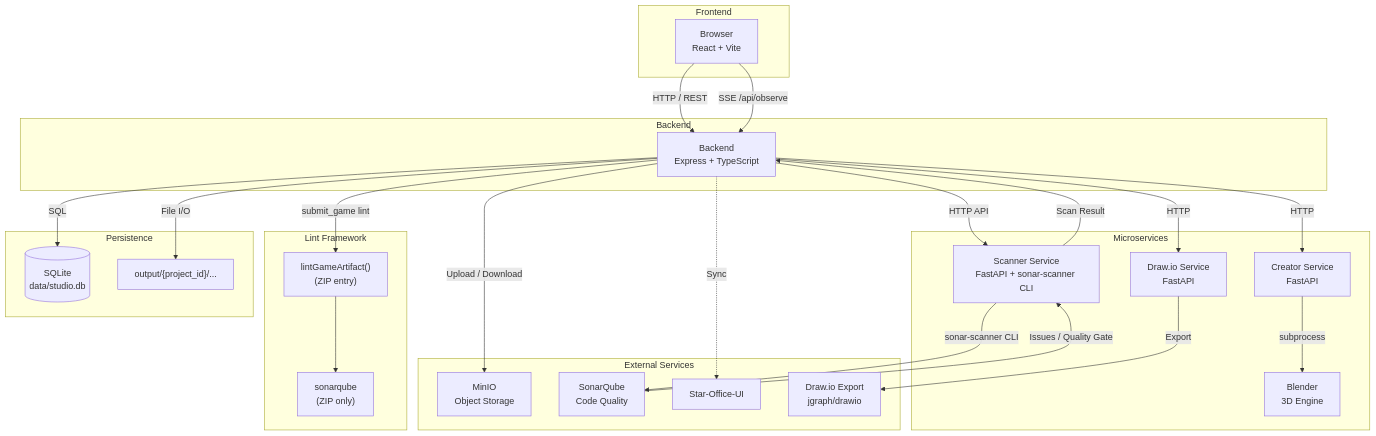
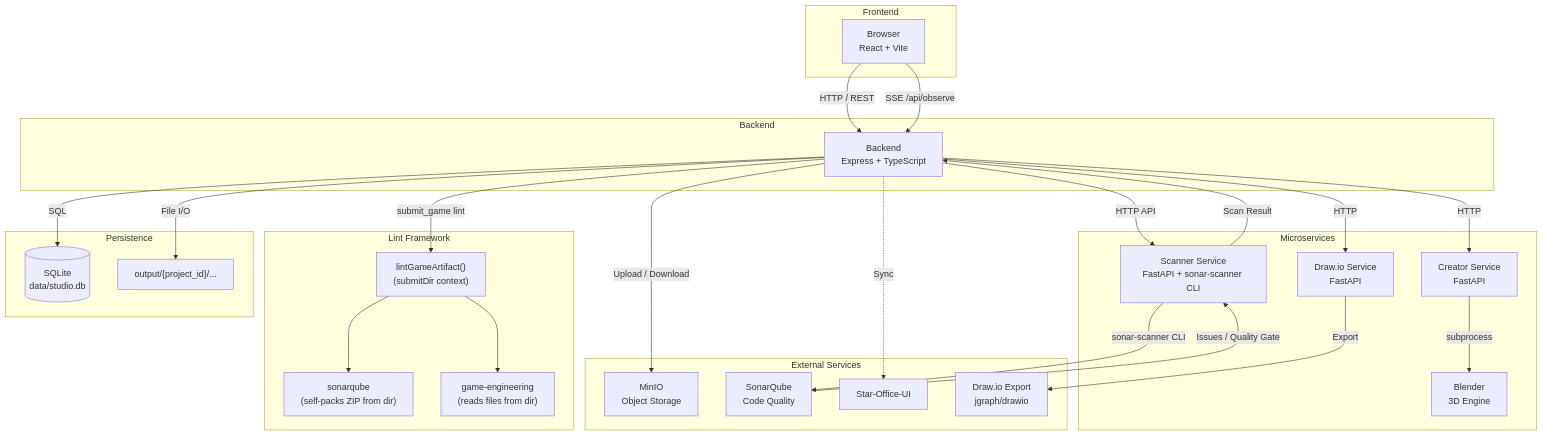
One commit to luoxiaojun1992/game-studio changed the diagram in docs/ARCHITECTURE.md. Above: the diagram before and after it, drawn with Mermaid. The commit also changed other lines of this file and 43 other files, not shown here.

````diff
--- a/docs/ARCHITECTURE.md
+++ b/docs/ARCHITECTURE.md
@@ -18,54 +18,56 @@
 ```mermaid
 graph TB
     subgraph "Frontend"
         Browser["Browser<br/>React + Vite"]
     end
 
     subgraph "Backend"
         BE["Backend<br/>Express + TypeScript"]
     end
 
     subgraph "Lint Framework"
-        LintRunner["lintGameArtifact()<br/>(ZIP entry)"]
-        SonarChecker["sonarqube<br/>(ZIP only)"]
+        LintRunner["lintGameArtifact()<br/>(submitDir context)"]
+        SonarChecker["sonarqube<br/>(self-packs ZIP from dir)"]
+        GameEngChecker["game-engineering<br/>(reads files from dir)"]
     end
 
     subgraph "External Services"
         MinIO["MinIO<br/>Object Storage"]
         Sonar["SonarQube<br/>Code Quality"]
         StarOffice["Star-Office-UI"]
         DrawioExport["Draw.io Export<br/>jgraph/drawio"]
     end
 
     subgraph "Microservices"
         Creator["Creator Service<br/>FastAPI"]
         Blender["Blender<br/>3D Engine"]
         Drawio["Draw.io Service<br/>FastAPI"]
         Scanner["Scanner Service<br/>FastAPI + sonar-scanner CLI"]
     end
 
     subgraph "Persistence"
         SQLite[("SQLite<br/>data/studio.db")]
         Output["output/{project_id}/..."]
     end
 
     Browser -->|HTTP / REST| BE
     Browser -->|SSE /api/observe| BE
 
     BE -->|HTTP| Creator
     BE -->|HTTP| Drawio
     BE -->|Upload / Download| MinIO
     BE -->|SQL| SQLite
     BE -->|File I/O| Output
     BE -->|submit_game lint| LintRunner
     BE -->|HTTP API| Scanner
     BE -.->|Sync| StarOffice
     Creator -->|subprocess| Blender
     Drawio -->|Export| DrawioExport
 
     LintRunner --> SonarChecker
+    LintRunner --> GameEngChecker
 
     Scanner -->|sonar-scanner CLI| Sonar
     Sonar -->|Issues / Quality Gate| Scanner
     Scanner -->|Scan Result| BE
 ```
````
